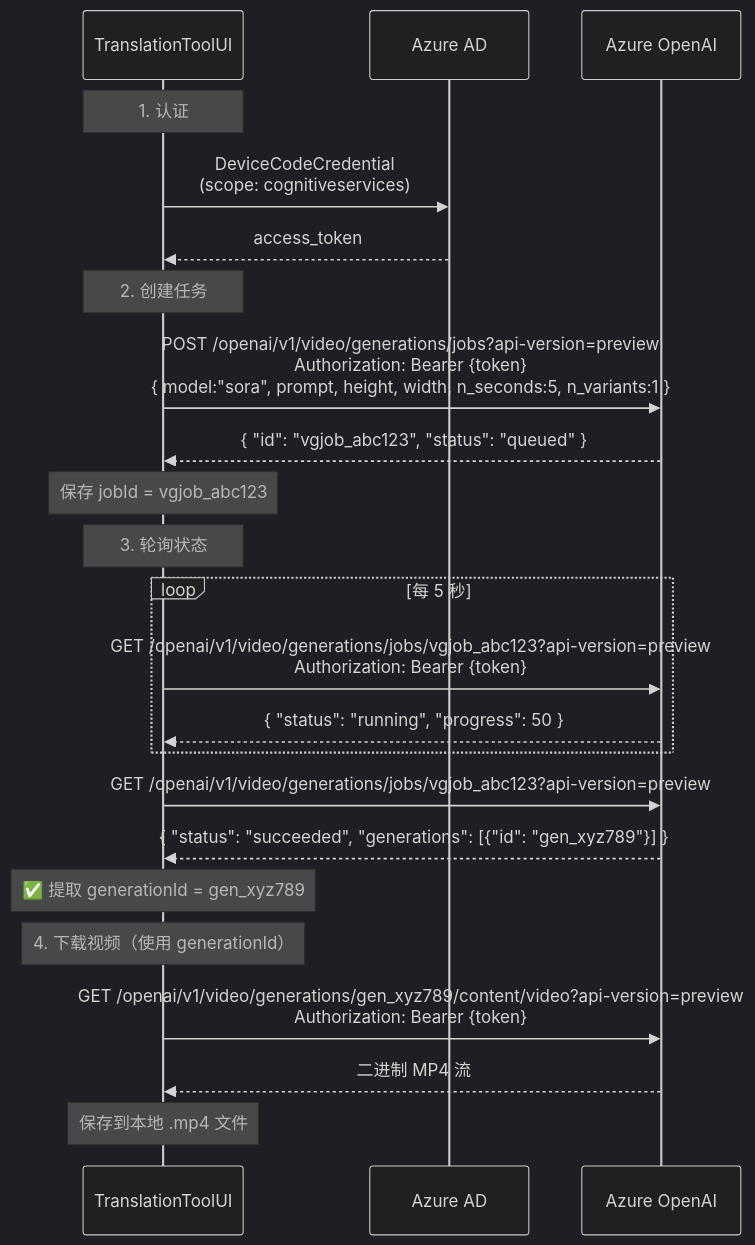
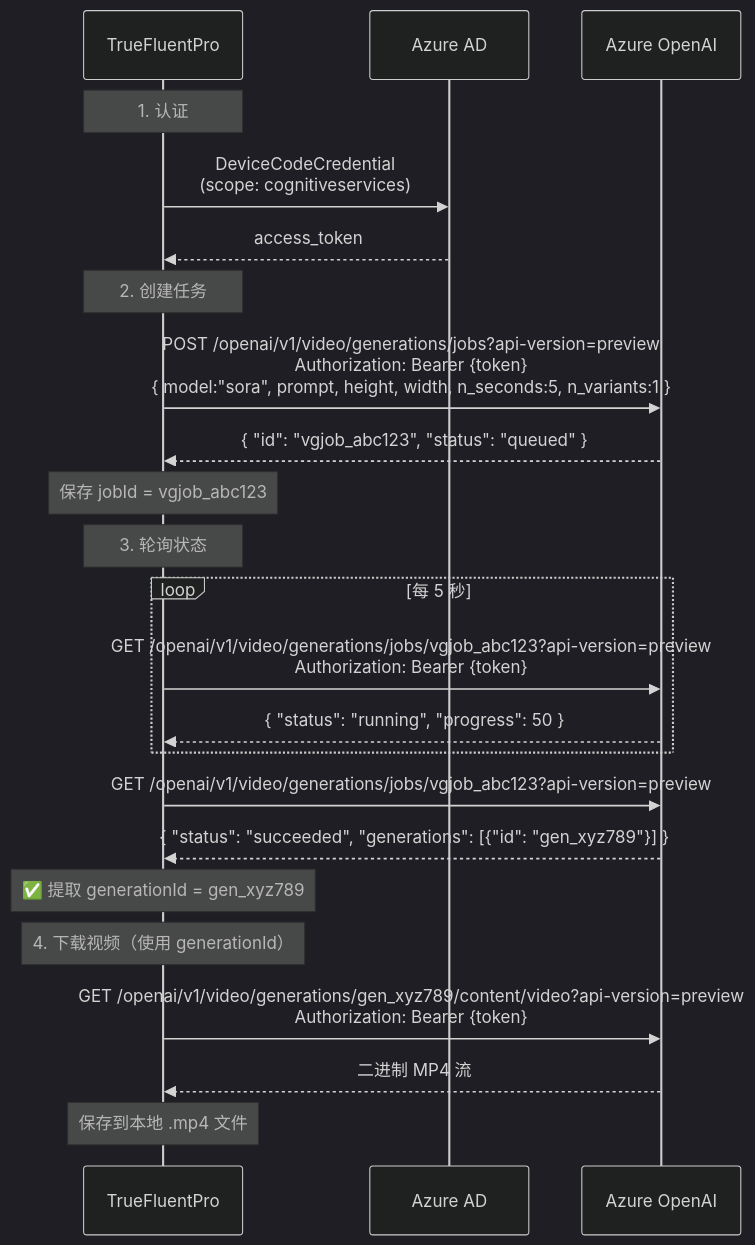
One commit to kukisama/TranslationToolUI changed the first of 2 diagrams in tools/reference/sora与sora2相关配置对比.md. Above: the diagram before and after it, drawn with Mermaid (dark theme). The commit also changed other lines of this file and 116 other files, not shown here.

````diff
--- a/tools/reference/sora与sora2相关配置对比.md
+++ b/tools/reference/sora与sora2相关配置对比.md
@@ -280,29 +280,29 @@
 ```mermaid
 sequenceDiagram
-    participant Client as TranslationToolUI
+    participant Client as TrueFluentPro
     participant AAD as Azure AD
     participant API as Azure OpenAI
 
     Note over Client: 1. 认证
     Client->>AAD: DeviceCodeCredential<br/>(scope: cognitiveservices)
     AAD-->>Client: access_token
 
     Note over Client: 2. 创建任务
     Client->>API: POST /openai/v1/video/generations/jobs?api-version=preview<br/>Authorization: Bearer {token}<br/>{ model:"sora", prompt, height, width, n_seconds:5, n_variants:1 }
     API-->>Client: { "id": "vgjob_abc123", "status": "queued" }
     Note over Client: 保存 jobId = vgjob_abc123
 
     Note over Client: 3. 轮询状态
     loop 每 5 秒
         Client->>API: GET /openai/v1/video/generations/jobs/vgjob_abc123?api-version=preview<br/>Authorization: Bearer {token}
         API-->>Client: { "status": "running", "progress": 50 }
     end
     Client->>API: GET /openai/v1/video/generations/jobs/vgjob_abc123?api-version=preview
     API-->>Client: { "status": "succeeded", "generations": [{"id": "gen_xyz789"}] }
     Note over Client: ✅ 提取 generationId = gen_xyz789
 
     Note over Client: 4. 下载视频（使用 generationId）
     Client->>API: GET /openai/v1/video/generations/gen_xyz789/content/video?api-version=preview<br/>Authorization: Bearer {token}
     API-->>Client: 二进制 MP4 流
     Note over Client: 保存到本地 .mp4 文件
 ```
````
